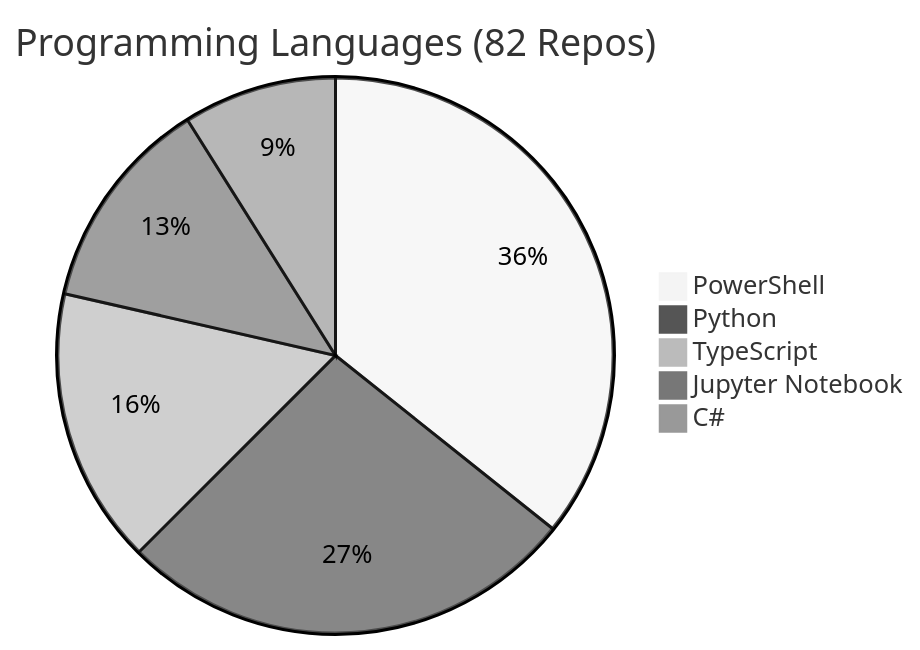
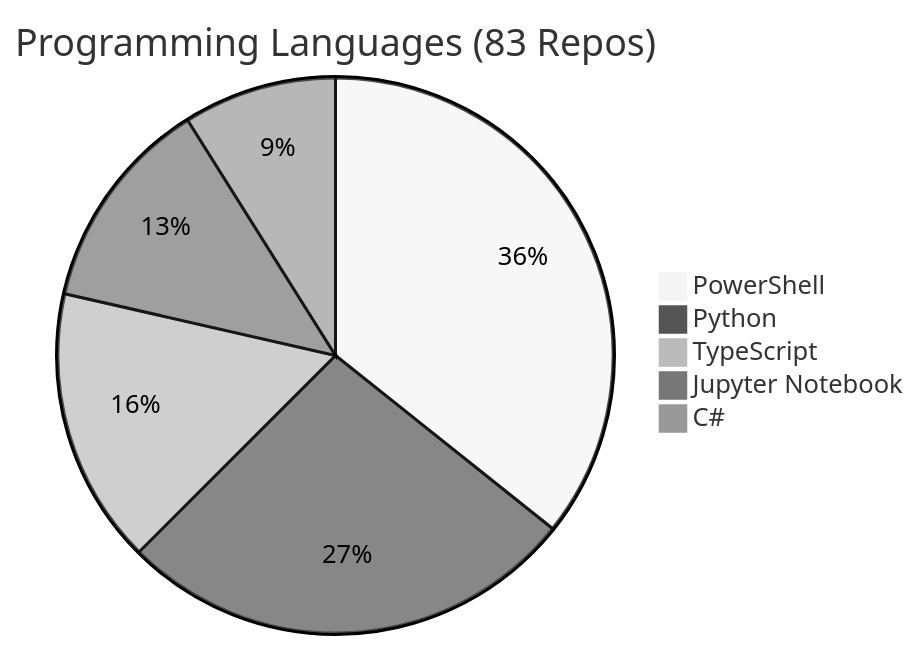
Before and after one commit to fabioc-aloha/fabioc-aloha: the diagram in REPOS.md, drawn with Mermaid (neutral theme). The commit also changed other lines of this file and 1 other file, not shown here.

````diff
--- a/REPOS.md
+++ b/REPOS.md
@@ -125,8 +126,8 @@
 ```mermaid
-pie title Programming Languages (82 Repos)
+pie title Programming Languages (83 Repos)
     "PowerShell" : 20
     "Python" : 15
     "TypeScript" : 9
     "Jupyter Notebook" : 7
     "C#" : 5
 ```
````
